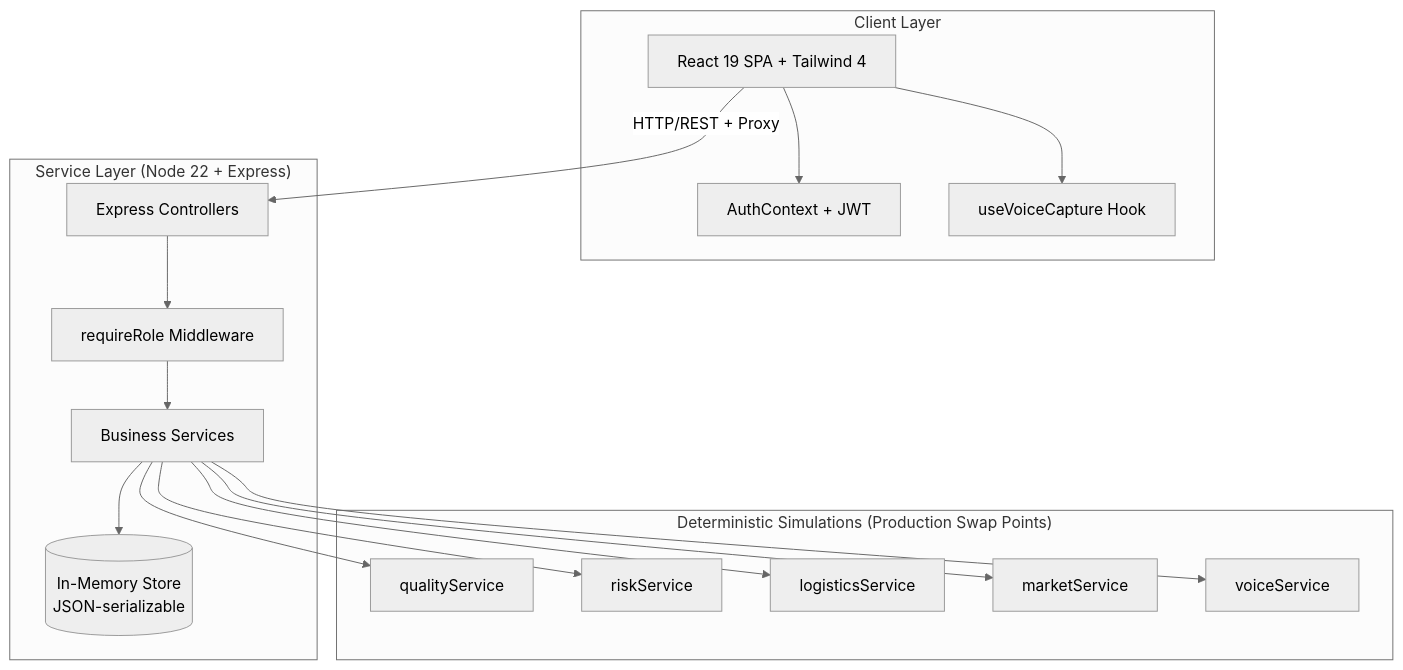
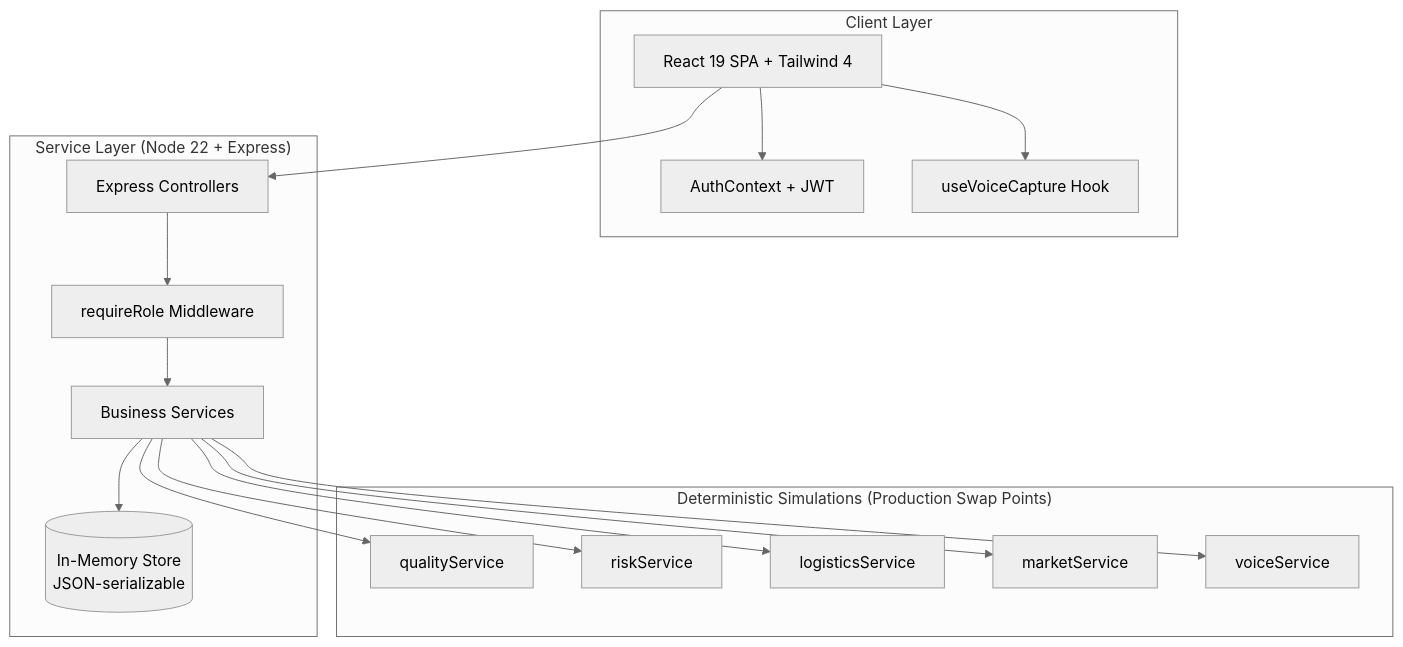
One commit to cressica18/SIH2026_MVP changed the second of 4 diagrams in README.md. Above: the diagram before and after it, drawn with Mermaid (neutral theme). The commit also changed other lines of this file, not shown here.

````diff
--- a/README.md
+++ b/README.md
@@ -87,20 +90,33 @@
 ```mermaid
 graph TB
     subgraph "Client Layer"
-        UI[React 19 SPA + Tailwind 4] --> Auth[AuthContext + JWT]
-        UI --> Voice[useVoiceCapture Hook]
+        UI[React 19 SPA + Tailwind 4]
+        Auth[AuthContext + JWT]
+        Voice[useVoiceCapture Hook]
     end
     subgraph "Service Layer (Node 22 + Express)"
-        API[Express Controllers] --> Guards[requireRole Middleware]
-        Guards --> Services[Business Services]
-        Services --> Store[(In-Memory Store\nJSON-serializable)]
+        API[Express Controllers]
+        Guards[requireRole Middleware]
+        Services[Business Services]
+        Store[(In-Memory Store\nJSON-serializable)]
     end
     subgraph "Deterministic Simulations (Production Swap Points)"
-        Services --> Q[qualityService]
-        Services --> R[riskService]
-        Services --> L[logisticsService]
-        Services --> M[marketService]
-        Services --> V[voiceService]
+        Q[qualityService]
+        R[riskService]
+        L[logisticsService]
+        M[marketService]
+        V[voiceService]
     end
-    UI -- HTTP/REST + Proxy --> API
+    
+    UI --> Auth
+    UI --> Voice
+    UI --> API
+    API --> Guards
+    Guards --> Services
+    Services --> Store
+    Services --> Q
+    Services --> R
+    Services --> L
+    Services --> M
+    Services --> V
 ```
````
